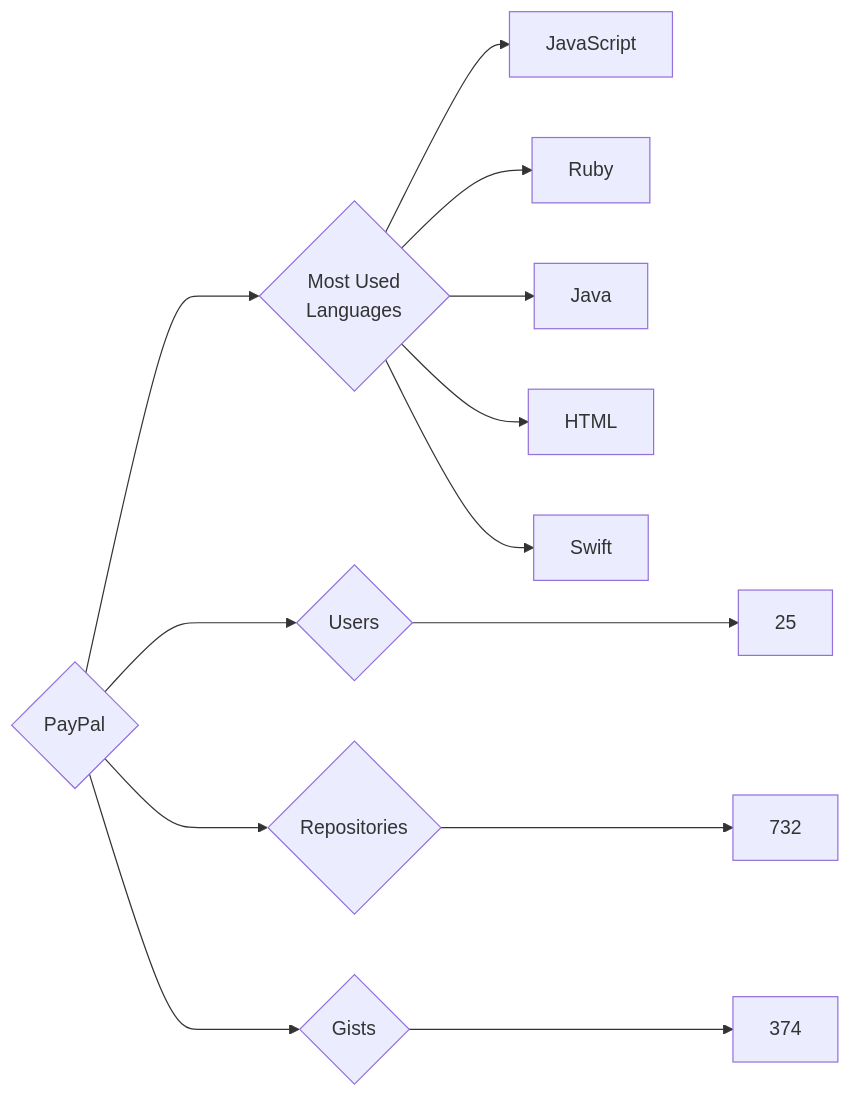
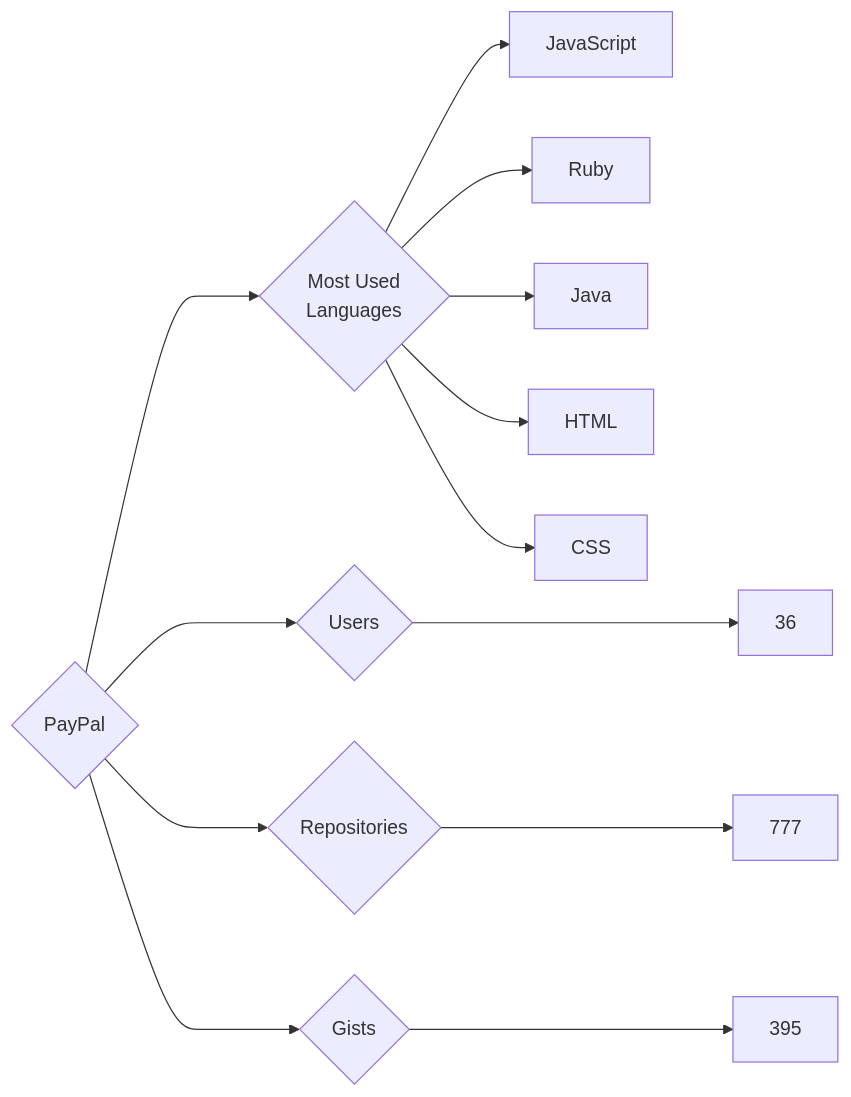
Before and after one commit to trickest/insiders: the diagram in targets/PayPal/README.md, drawn with Mermaid. The commit also changed 939 other files, not shown here.

````diff
--- a/targets/PayPal/README.md
+++ b/targets/PayPal/README.md
@@ -3,13 +3,13 @@
 ```mermaid
 graph LR
 COMPANY_NAME{PayPal}
-COMPANY_NAME ---> U{Users} ---> UN[25]
-COMPANY_NAME ---> R{Repositories} ---> RN[732]
-COMPANY_NAME ---> G{Gists} ---> GN[374]
+COMPANY_NAME ---> U{Users} ---> UN[36]
+COMPANY_NAME ---> R{Repositories} ---> RN[777]
+COMPANY_NAME ---> G{Gists} ---> GN[395]
 COMPANY_NAME ---> ML{Most Used<br>Languages}
 ML --> JavaScript[JavaScript]
 ML --> Ruby[Ruby]
 ML --> Java[Java]
 ML --> HTML[HTML]
-ML --> Swift[Swift]
+ML --> CSS[CSS]
 ```
````
